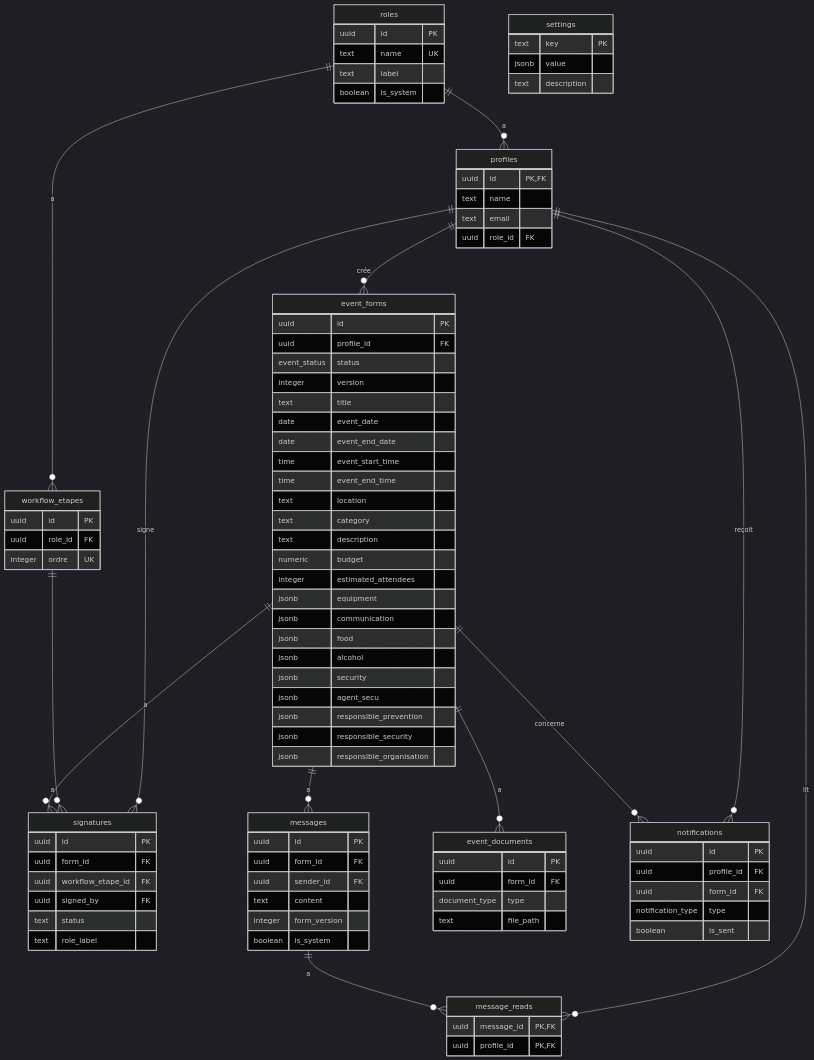
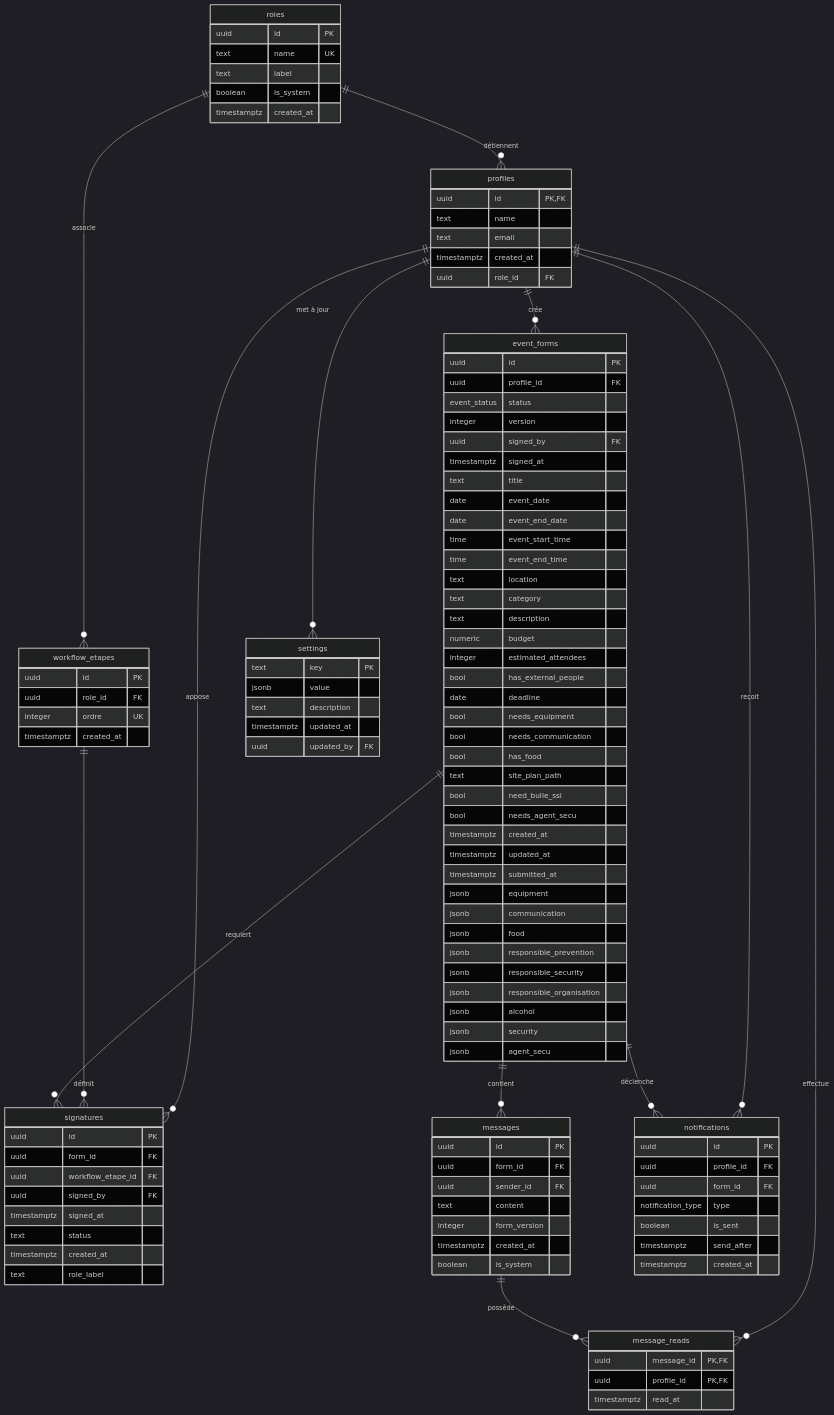
Before and after one commit to florianpetiot/hub-fiches-event: the first of 2 diagrams in README.md, drawn with Mermaid (dark theme). The commit also changed other lines of this file and 2 other files, not shown here.

Commit message:
feat: remove event_documents table and fix readme regarding the database

````diff
--- a/README.md
+++ b/README.md
@@ -367,12 +367,14 @@
         text name UK
         text label
         boolean is_system
+        timestamptz created_at
     }
 
     profiles {
         uuid id PK,FK
         text name
         text email
+        timestamptz created_at
         uuid role_id FK
     }
 
@@ -381,6 +383,8 @@
         uuid profile_id FK
         event_status status
         integer version
+        uuid signed_by FK
+        timestamptz signed_at
         text title
         date event_date
         date event_end_date
@@ -391,21 +395,33 @@
         text description
         numeric budget
         integer estimated_attendees
+        bool has_external_people
+        date deadline
+        bool needs_equipment
+        bool needs_communication
+        bool has_food
+        text site_plan_path
+        bool need_bulle_ssi
+        bool needs_agent_secu
+        timestamptz created_at
+        timestamptz updated_at
+        timestamptz submitted_at
         jsonb equipment
         jsonb communication
         jsonb food
+        jsonb responsible_prevention
+        jsonb responsible_security
+        jsonb responsible_organisation
         jsonb alcohol
         jsonb security
         jsonb agent_secu
-        jsonb responsible_prevention
-        jsonb responsible_security
-        jsonb responsible_organisation
     }
 
     workflow_etapes {
         uuid id PK
         uuid role_id FK
         integer ordre UK
+        timestamptz created_at
     }
 
     signatures {
@@ -413,7 +429,9 @@
         uuid form_id FK
         uuid workflow_etape_id FK
         uuid signed_by FK
+        timestamptz signed_at
         text status
+        timestamptz created_at
         text role_label
     }
 
@@ -423,25 +441,22 @@
         uuid sender_id FK
         text content
         integer form_version
+        timestamptz created_at
         boolean is_system
     }
 
     message_reads {
         uuid message_id PK,FK
         uuid profile_id PK,FK
+        timestamptz read_at
     }
 
     settings {
         text key PK
         jsonb value
         text description
-    }
-
-    event_documents {
-        uuid id PK
-        uuid form_id FK
-        document_type type
-        text file_path
+        timestamptz updated_at
+        uuid updated_by FK
     }
 
     notifications {
@@ -450,18 +465,20 @@
         uuid form_id FK
         notification_type type
         boolean is_sent
+        timestamptz send_after
+        timestamptz created_at
     }
 
-    roles ||--o{ profiles : "a"
-    roles ||--o{ workflow_etapes : "a"
+    roles ||--o{ profiles : "détiennent"
+    roles ||--o{ workflow_etapes : "associe"
     profiles ||--o{ event_forms : "crée"
-    event_forms ||--o{ signatures : "a"
-    event_forms ||--o{ messages : "a"
-    event_forms ||--o{ event_documents : "a"
-    event_forms ||--o{ notifications : "concerne"
-    workflow_etapes ||--o{ signatures : "a"
-    messages ||--o{ message_reads : "a"
-    profiles ||--o{ message_reads : "lit"
+    event_forms ||--o{ signatures : "requiert"
+    event_forms ||--o{ messages : "contient"
+    event_forms ||--o{ notifications : "déclenche"
+    workflow_etapes ||--o{ signatures : "définit"
+    messages ||--o{ message_reads : "possède"
+    profiles ||--o{ message_reads : "effectue"
     profiles ||--o{ notifications : "reçoit"
-    profiles ||--o{ signatures : "signe"
+    profiles ||--o{ signatures : "appose"
+    profiles ||--o{ settings : "met à jour"
 ```
````
